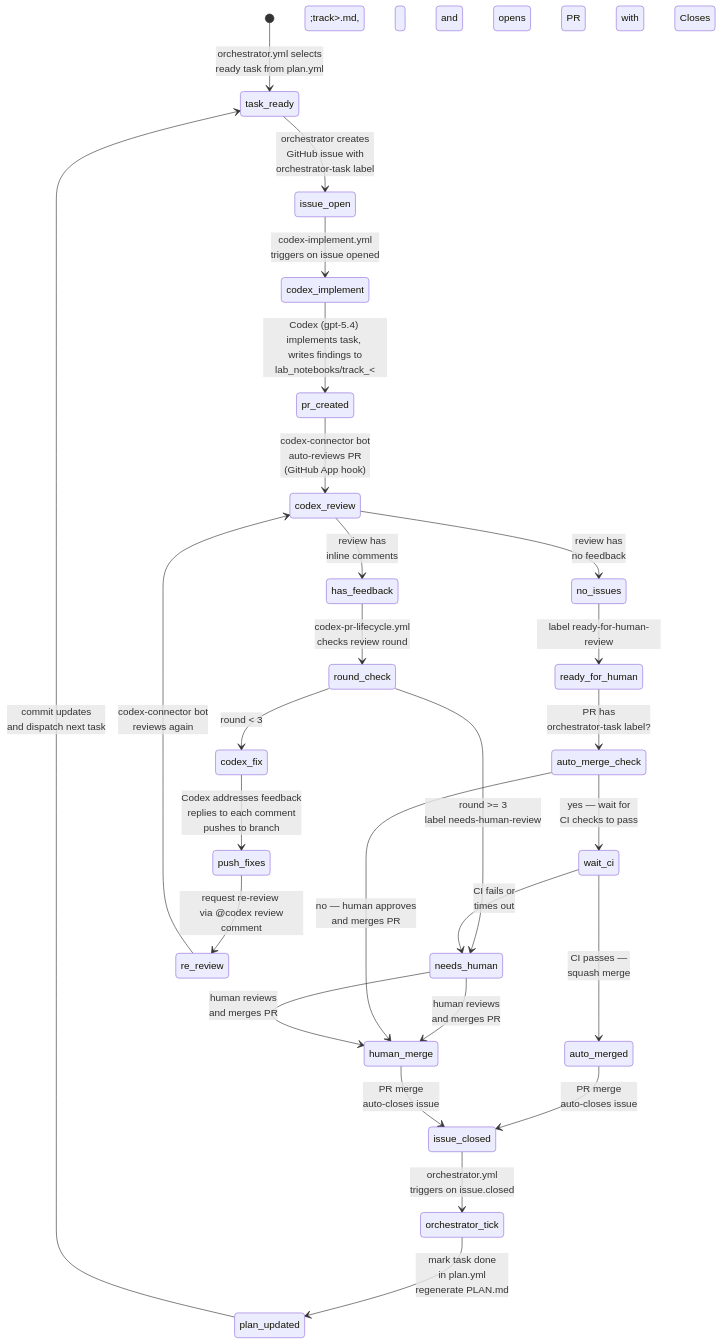
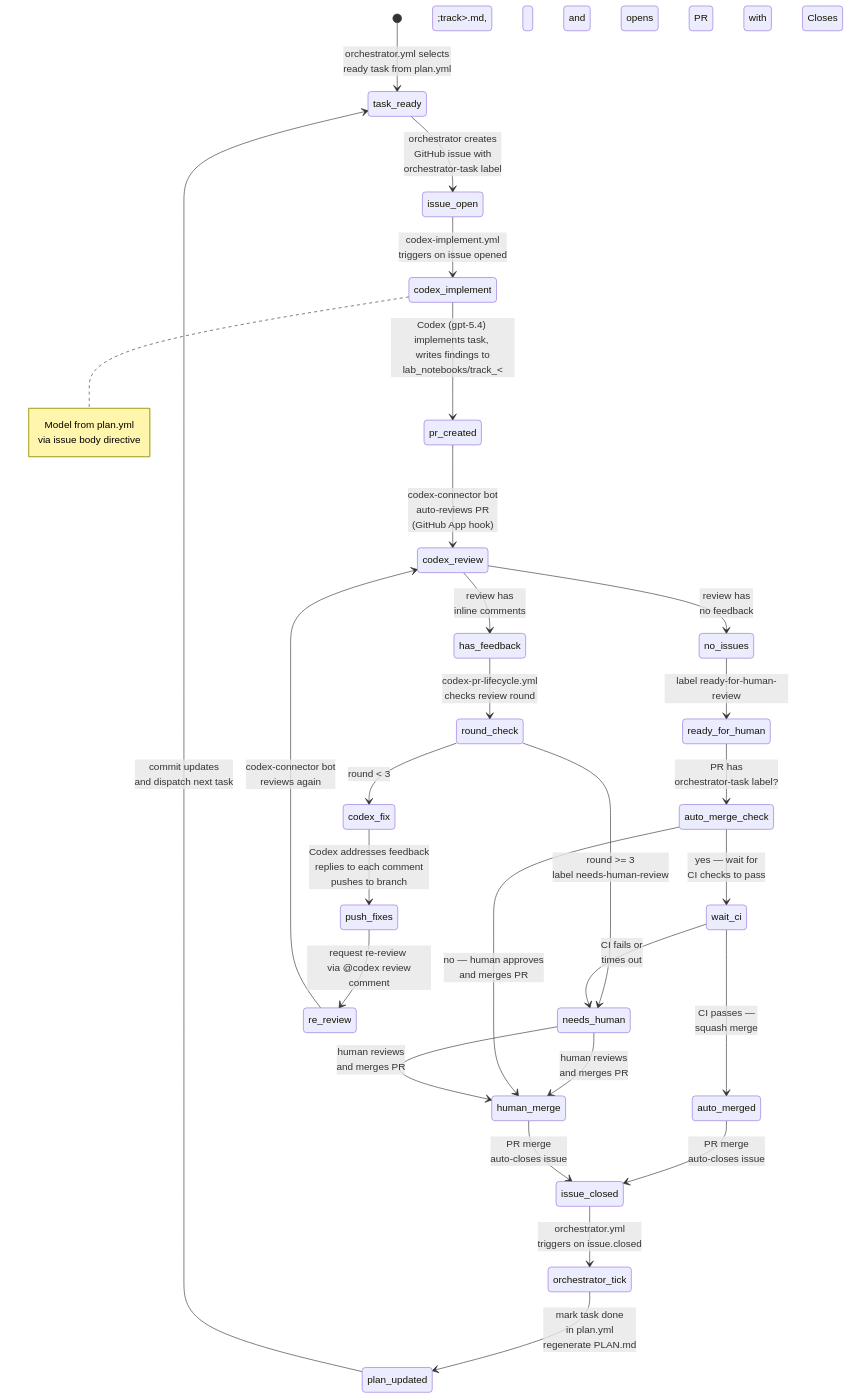
The diagram in lyzortx/orchestration/README.md (LorenaDerezanin/coli_phage_interactions_2023), drawn with Mermaid before and after one commit. The commit also changed other lines of this file and 7 other files, not shown here.

````diff
--- a/lyzortx/orchestration/README.md
+++ b/lyzortx/orchestration/README.md
@@ -10,50 +10,52 @@
 ```mermaid
 stateDiagram-v2
     [*] --> task_ready : orchestrator.yml selects <br> ready task from plan.yml
 
     task_ready --> issue_open : orchestrator creates <br> GitHub issue with <br> orchestrator-task label
 
     issue_open --> codex_implement : codex-implement.yml <br> triggers on issue opened
 
     codex_implement --> pr_created : Codex (gpt-5.4) implements task, <br> writes findings to lab_notebooks/track_&lt;track&gt;.md, <br> and opens PR with Closes #issue
 
     pr_created --> codex_review : codex-connector bot <br> auto-reviews PR <br> (GitHub App hook)
+
+    note right of codex_implement : Model from plan.yml <br> via issue body directive
 
     codex_review --> has_feedback : review has <br> inline comments
     codex_review --> no_issues : review has <br> no feedback
 
     has_feedback --> round_check : codex-pr-lifecycle.yml <br> checks review round
 
     round_check --> codex_fix : round < 3
     round_check --> needs_human : round >= 3 <br> label needs-human-review
 
     codex_fix --> push_fixes : Codex addresses feedback <br> replies to each comment <br> pushes to branch
 
     push_fixes --> re_review : request re-review <br> via @codex review comment
 
     re_review --> codex_review : codex-connector bot <br> reviews again
 
     needs_human --> human_merge : human reviews <br> and merges PR
 
     no_issues --> ready_for_human : label ready-for-human-review
 
     ready_for_human --> auto_merge_check : PR has <br> orchestrator-task label?
 
     auto_merge_check --> wait_ci : yes — wait for <br> CI checks to pass
     auto_merge_check --> human_merge : no — human approves <br> and merges PR
 
     wait_ci --> auto_merged : CI passes — <br> squash merge
     wait_ci --> needs_human : CI fails or <br> times out
 
     needs_human --> human_merge : human reviews <br> and merges PR
 
     auto_merged --> issue_closed : PR merge <br> auto-closes issue
 
     human_merge --> issue_closed : PR merge <br> auto-closes issue
 
     issue_closed --> orchestrator_tick : orchestrator.yml <br> triggers on issue.closed
 
     orchestrator_tick --> plan_updated : mark task done <br> in plan.yml <br> regenerate PLAN.md
 
     plan_updated --> task_ready : commit updates <br> and dispatch next task
 ```
````
